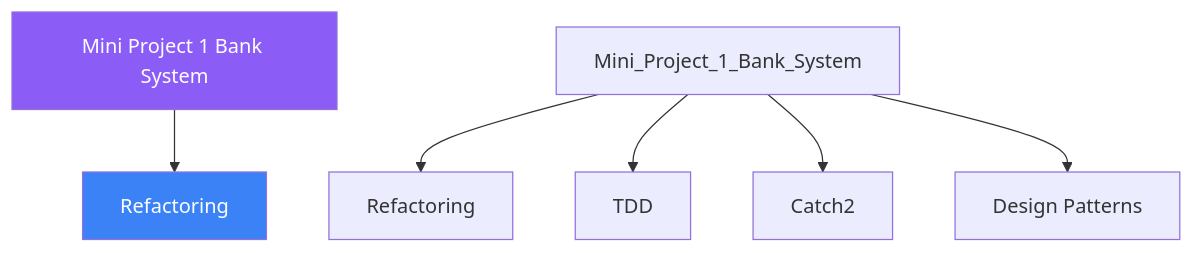
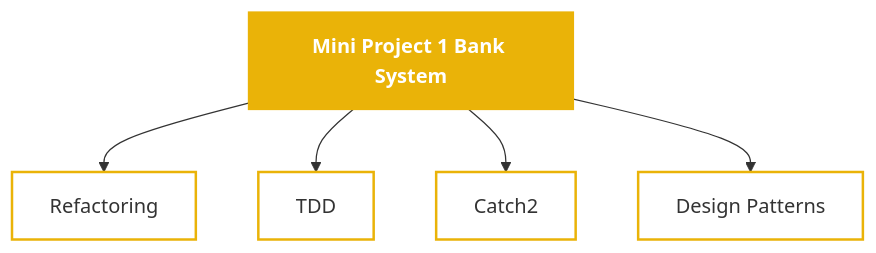
The diagram in mkdocs-site/docs/days/day-24/02-definition.md (AI-Maddy/Learn-Modern-CPP-OOP-30-Days), drawn with Mermaid before and after one commit. The commit also changed 99 other files, not shown here.

````diff
--- a/mkdocs-site/docs/days/day-24/02-definition.md
+++ b/mkdocs-site/docs/days/day-24/02-definition.md
@@ -80,10 +80,12 @@
 ```mermaid
 graph TD
-    ROOT["Mini Project 1 Bank System"] --> A["Refactoring"]
-    Mini_Project_1_Bank_System --> Refactoring["Refactoring"]
-    Mini_Project_1_Bank_System --> TDD["TDD"]
-    Mini_Project_1_Bank_System --> Catch2["Catch2"]
-    Mini_Project_1_Bank_System --> Design_Patterns["Design Patterns"]
-    style ROOT fill:#8b5cf6,color:#fff
-    style A    fill:#3b82f6,color:#fff
+    ROOT["Mini Project 1 Bank System"]
+    ROOT --> n0["Refactoring"]
+    ROOT --> n1["TDD"]
+    ROOT --> n2["Catch2"]
+    ROOT --> n3["Design Patterns"]
+    classDef topic fill:#eab308,stroke:#eab308,color:#ffffff,font-weight:bold
+    classDef concept fill:transparent,stroke:#eab308,stroke-width:2px
+    class ROOT topic
+    class n0,n1,n2,n3 concept
 ```
````
